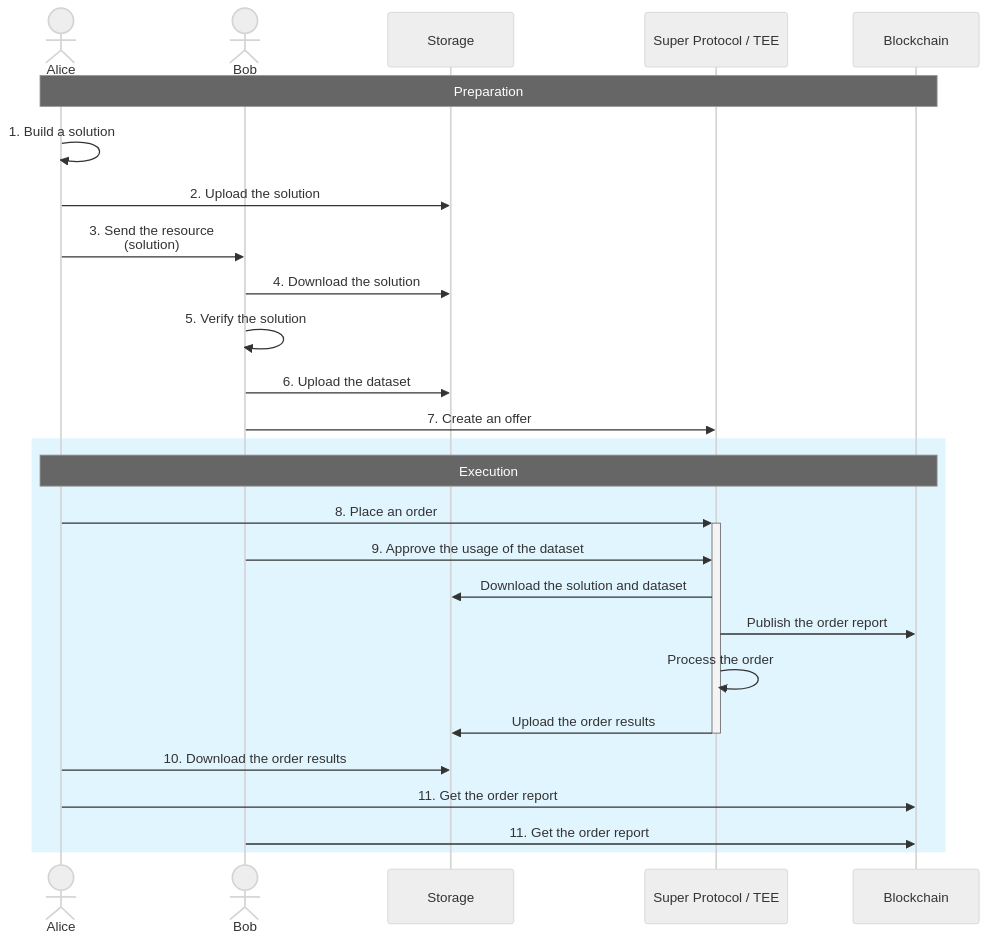
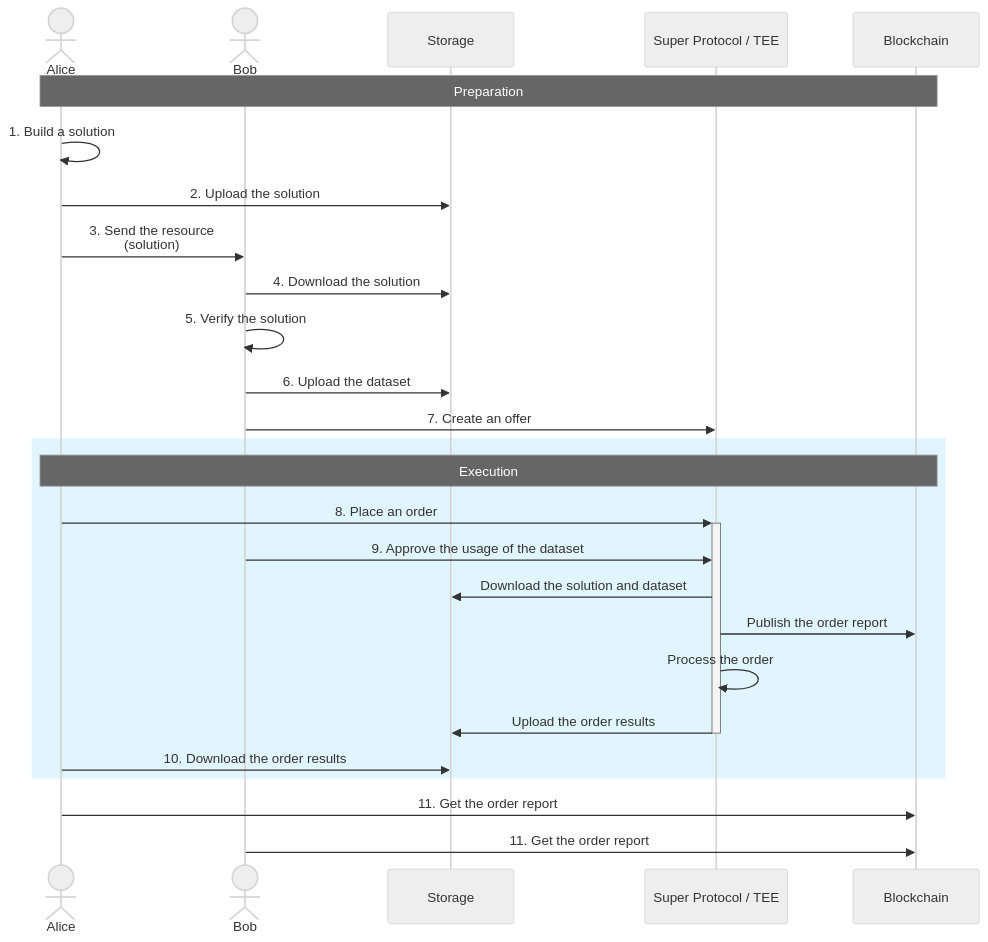
One commit to Super-Protocol/docs changed the diagram in docs/cli/Guides/collaboration.md. Above: the diagram before and after it, drawn with Mermaid (neutral theme).

Commit message:
cli: add solutions guides

````diff
--- a/docs/cli/Guides/collaboration.md
+++ b/docs/cli/Guides/collaboration.md
@@ -21,34 +21,35 @@
 ```mermaid
 sequenceDiagram
     actor Alice
     actor Bob
     participant Storage
     participant Super Protocol / TEE
     participant Blockchain
 
     %% ----- Preparation -----
     note over Alice,Blockchain: Preparation
 
     Alice ->> Alice: 1. Build a solution
     Alice ->> Storage: 2. Upload the solution
     Alice ->> Bob: 3. Send the resource<br/>(solution)
     Bob ->> Storage: 4. Download the solution
     Bob ->> Bob: 5. Verify the solution
     Bob ->> Storage: 6. Upload the dataset
     Bob ->> Super Protocol / TEE: 7. Create an offer
 
     %% ----- Execution -----
     rect rgb(225, 245, 255)
     note over Alice,Blockchain: Execution
 
     Alice ->>+ Super Protocol / TEE: 8. Place an order
     Bob ->> Super Protocol / TEE: 9. Approve the usage of the dataset
     Super Protocol / TEE ->> Storage: Download the solution and dataset
     Super Protocol / TEE ->> Blockchain: Publish the order report
     Super Protocol / TEE ->> Super Protocol / TEE: Process the order
     Super Protocol / TEE ->>- Storage: Upload the order results
     Alice ->> Storage: 10. Download the order results
+    end
+    
     Alice ->> Blockchain: 11. Get the order report
     Bob ->> Blockchain: 11. Get the order report
-    end
 ```
````
